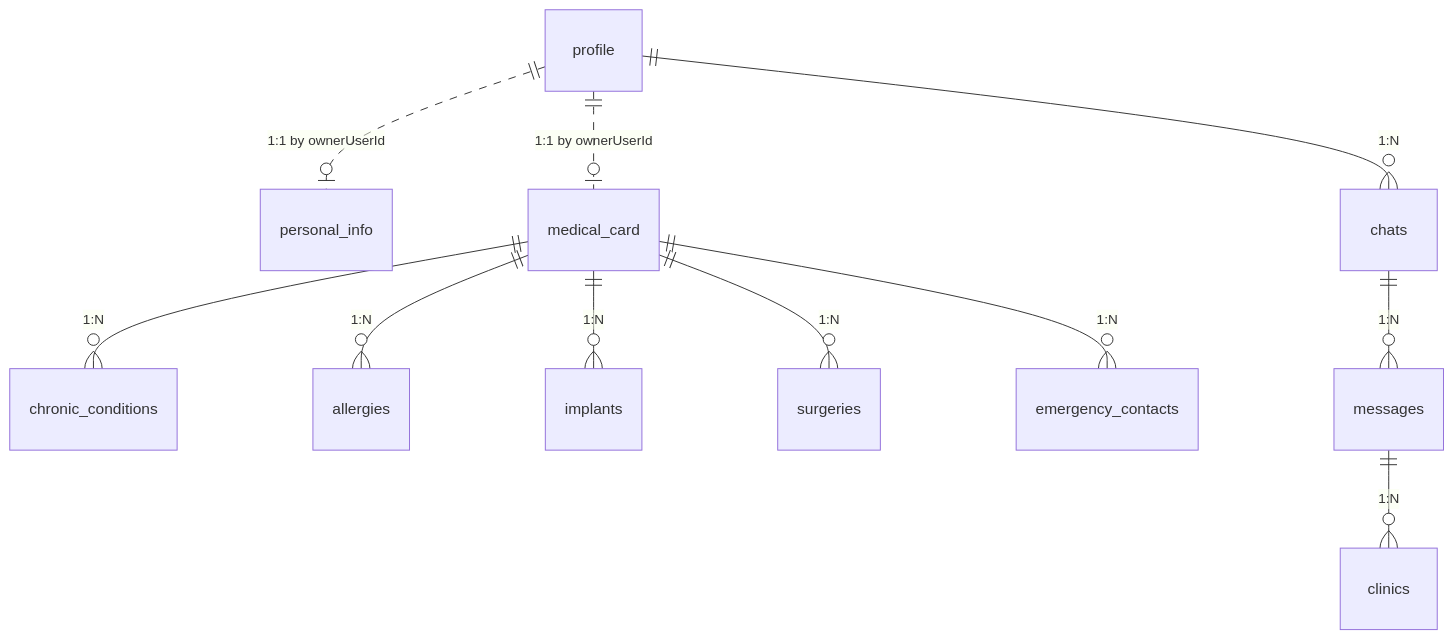
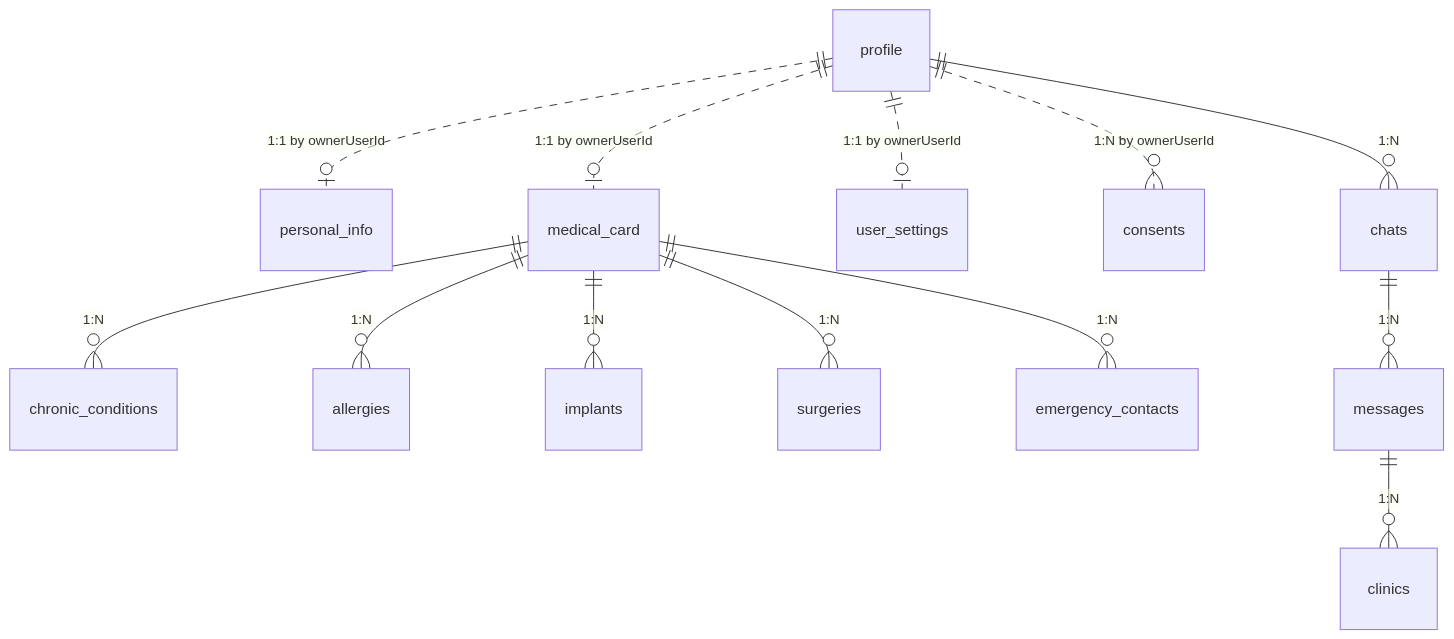
Before and after one commit to ZiveIT-26/HealthFinderMobileApp: the diagram in docs/storage/database-schema.md, drawn with Mermaid. The commit also changed other lines of this file and 8 other files, not shown here.

````diff
--- a/docs/storage/database-schema.md
+++ b/docs/storage/database-schema.md
@@ -14,13 +14,15 @@
 ```mermaid
 erDiagram
     profile ||..o| personal_info : "1:1 by ownerUserId"
     profile ||..o| medical_card : "1:1 by ownerUserId"
+    profile ||..o| user_settings : "1:1 by ownerUserId"
+    profile ||..o{ consents : "1:N by ownerUserId"
     profile ||--o{ chats : "1:N"
     medical_card ||--o{ chronic_conditions : "1:N"
     medical_card ||--o{ allergies : "1:N"
     medical_card ||--o{ implants : "1:N"
     medical_card ||--o{ surgeries : "1:N"
     medical_card ||--o{ emergency_contacts : "1:N"
     chats ||--o{ messages : "1:N"
     messages ||--o{ clinics : "1:N"
 ```
````
